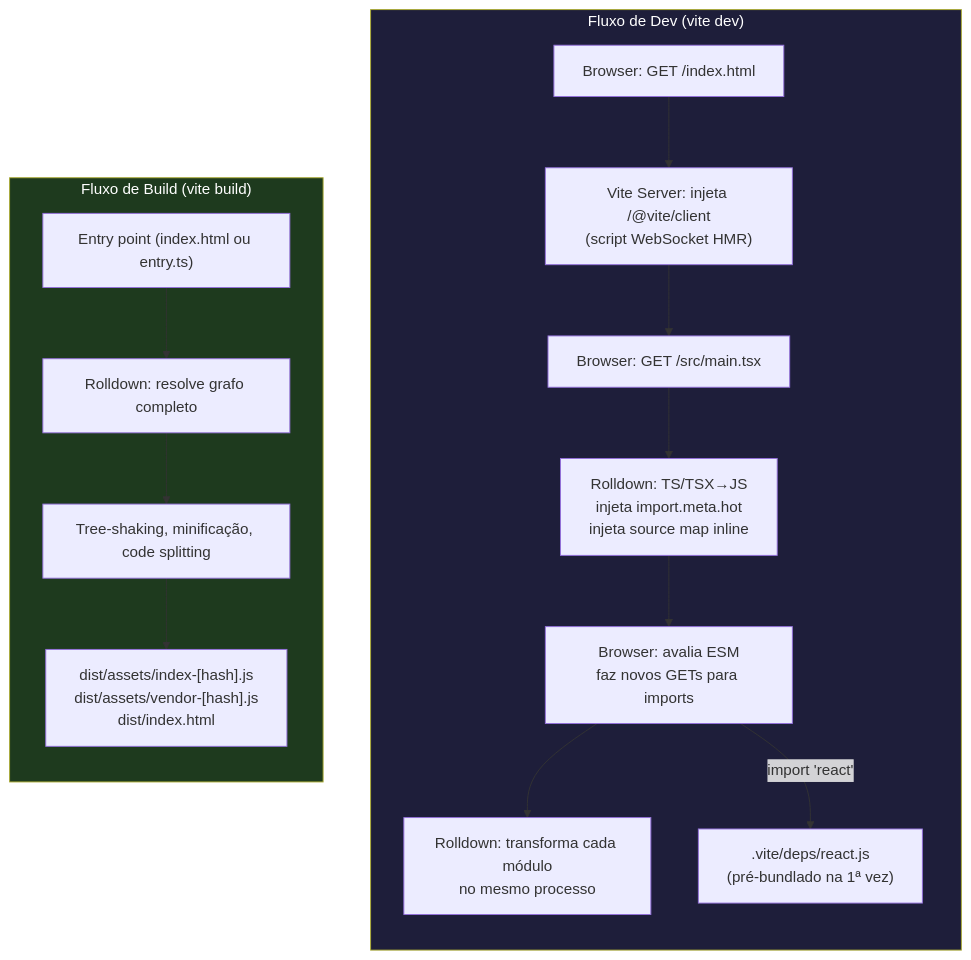
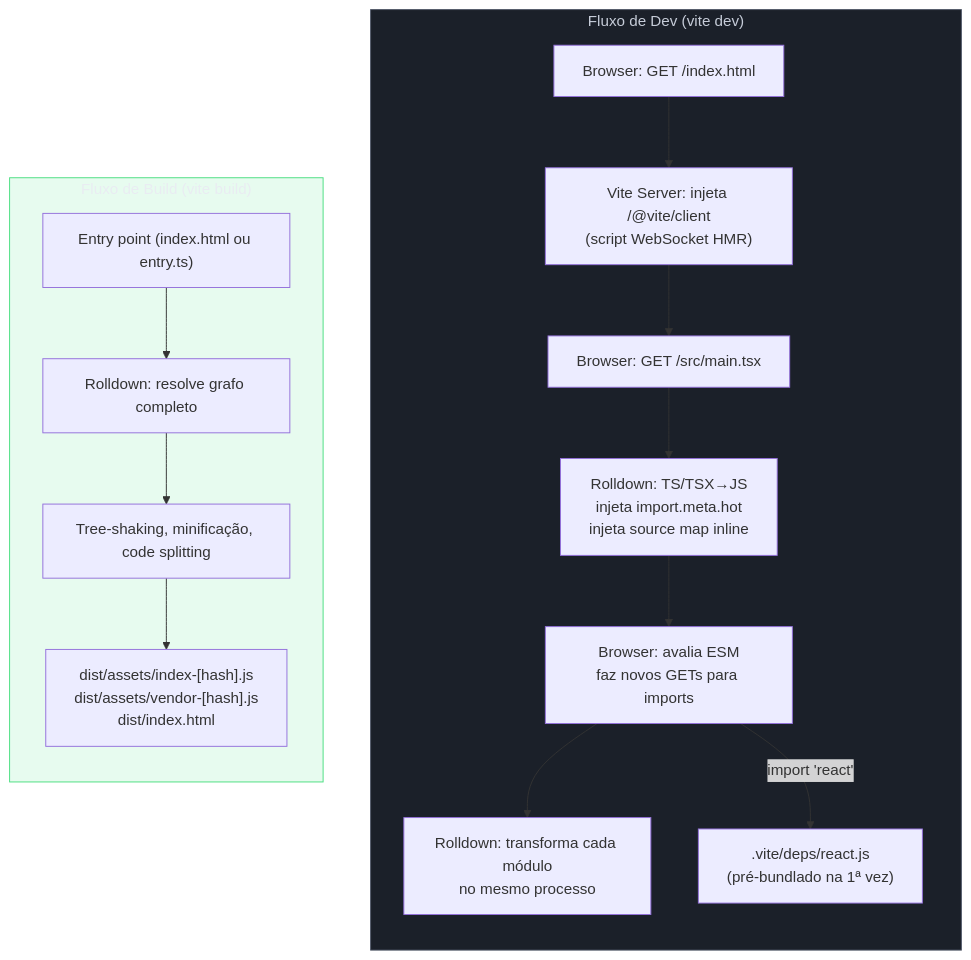
Before and after one commit to josenaldo/codex-technomanticus: the third of 9 diagrams in 03-Dominios/Tecnologia/Tooling e Build/13 - Vite a fundo.md, drawn with Mermaid. The commit also changed other lines of this file and 1181 other files, not shown here.

First line of the commit message:
fix(diagramas): paleta do sistema no lugar de cor cravada no markdown

````diff
--- a/03-Dominios/Tecnologia/Tooling e Build/13 - Vite a fundo.md
+++ b/03-Dominios/Tecnologia/Tooling e Build/13 - Vite a fundo.md
@@ -142,29 +148,31 @@
 ```mermaid
 flowchart TD
+    classDef neutro fill:#1B2029,stroke:#4E5666,color:#C6CCD8
+    classDef ok fill:#4ADE8021,stroke:#4ADE80,color:#E9ECF2
     subgraph DEV_FLOW["Fluxo de Dev (vite dev)"]
         direction TB
         A["Browser: GET /index.html"]
         B["Vite Server: injeta /@vite/client\n(script WebSocket HMR)"]
         C["Browser: GET /src/main.tsx"]
         D["Rolldown: TS/TSX→JS\ninjeta import.meta.hot\ninjeta source map inline"]
         E["Browser: avalia ESM\nfaz novos GETs para imports"]
         F["Rolldown: transforma cada módulo\nno mesmo processo"]
         G[".vite/deps/react.js\n(pré-bundlado na 1ª vez)"]
 
         A --> B --> C --> D --> E --> F
         E -->|import 'react'| G
     end
 
     subgraph BUILD_FLOW["Fluxo de Build (vite build)"]
         direction TB
         H["Entry point (index.html ou entry.ts)"]
         I["Rolldown: resolve grafo completo"]
         J["Tree-shaking, minificação, code splitting"]
         K["dist/assets/index-[hash].js\ndist/assets/vendor-[hash].js\ndist/index.html"]
 
         H --> I --> J --> K
     end
 
-    style DEV_FLOW fill:#1e1e3a,color:#fff
-    style BUILD_FLOW fill:#1e3a1e,color:#fff
+    class DEV_FLOW neutro
+    class BUILD_FLOW ok
 ```
````
